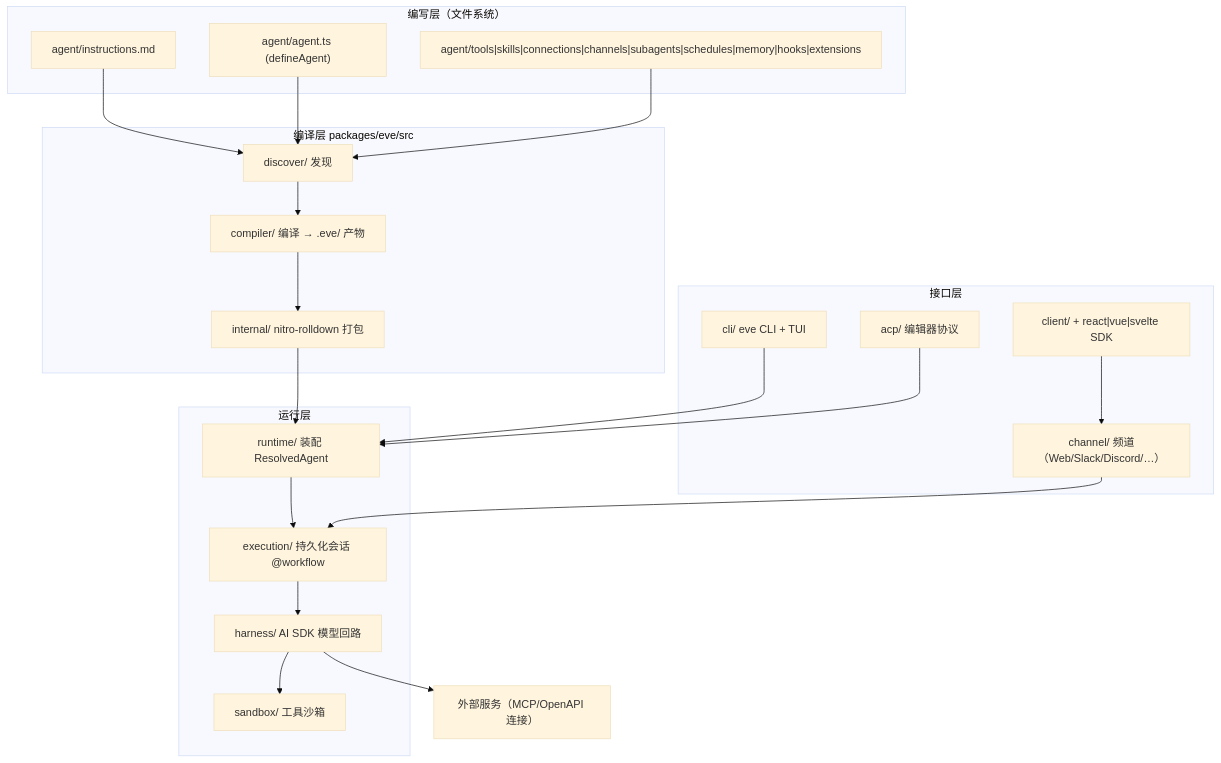
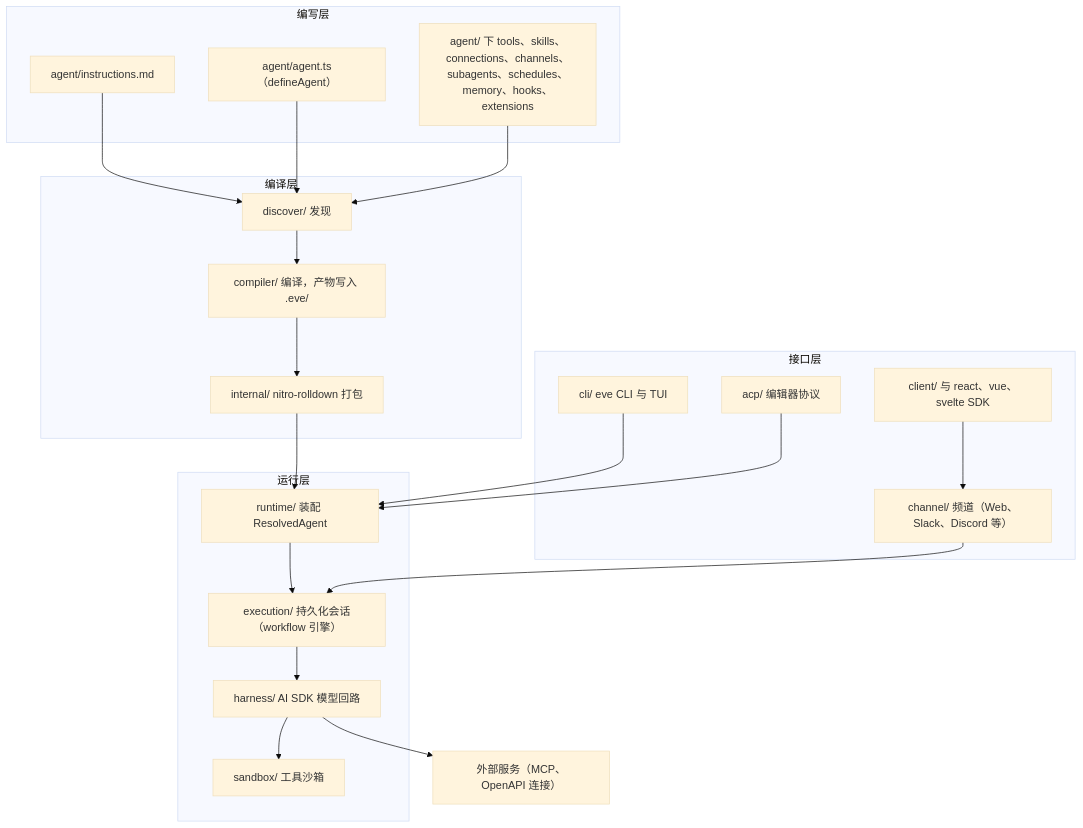
Before and after one commit to zjordon/eve: the first of 2 diagrams in out/架构分析.md, drawn with Mermaid (base theme). The commit also changed other lines of this file and 1 other file, not shown here.

First line of the commit message:
docs: use GitHub-compatible mermaid syntax in analysis reports

````diff
--- a/out/架构分析.md
+++ b/out/架构分析.md
@@ -102,37 +102,40 @@
 ```mermaid
 graph TD
-    subgraph 编写层["编写层（文件系统）"]
+    subgraph 编写层
         A1["agent/instructions.md"]
-        A2["agent/agent.ts (defineAgent)"]
-        A3["agent/tools|skills|connections|channels|subagents|schedules|memory|hooks|extensions"]
+        A2["agent/agent.ts（defineAgent）"]
+        A3["agent/ 下 tools、skills、connections、channels、subagents、schedules、memory、hooks、extensions"]
     end
 
-    subgraph 编译层["编译层 packages/eve/src"]
+    subgraph 编译层
         C1["discover/ 发现"]
-        C2["compiler/ 编译 → .eve/ 产物"]
+        C2["compiler/ 编译，产物写入 .eve/"]
         C3["internal/ nitro-rolldown 打包"]
     end
 
-    subgraph 运行层["运行层"]
+    subgraph 运行层
         R1["runtime/ 装配 ResolvedAgent"]
-        R2["execution/ 持久化会话 @workflow"]
+        R2["execution/ 持久化会话（workflow 引擎）"]
         R3["harness/ AI SDK 模型回路"]
         R4["sandbox/ 工具沙箱"]
     end
 
-    subgraph 接口层["接口层"]
-        I1["cli/ eve CLI + TUI"]
-        I2["channel/ 频道（Web/Slack/Discord/…）"]
-        I3["client/ + react|vue|svelte SDK"]
+    subgraph 接口层
+        I1["cli/ eve CLI 与 TUI"]
+        I2["channel/ 频道（Web、Slack、Discord 等）"]
+        I3["client/ 与 react、vue、svelte SDK"]
         I4["acp/ 编辑器协议"]
     end
 
-    A1 & A2 & A3 --> C1 --> C2 --> C3 --> R1
+    A1 --> C1
+    A2 --> C1
+    A3 --> C1
+    C1 --> C2 --> C3 --> R1
     R1 --> R2 --> R3
     R3 --> R4
-    R3 --> EXT["外部服务（MCP/OpenAPI 连接）"]
+    R3 --> EXT["外部服务（MCP、OpenAPI 连接）"]
     I1 --> R1
     I2 --> R2
     I3 --> I2
     I4 --> R1
 ```
````
